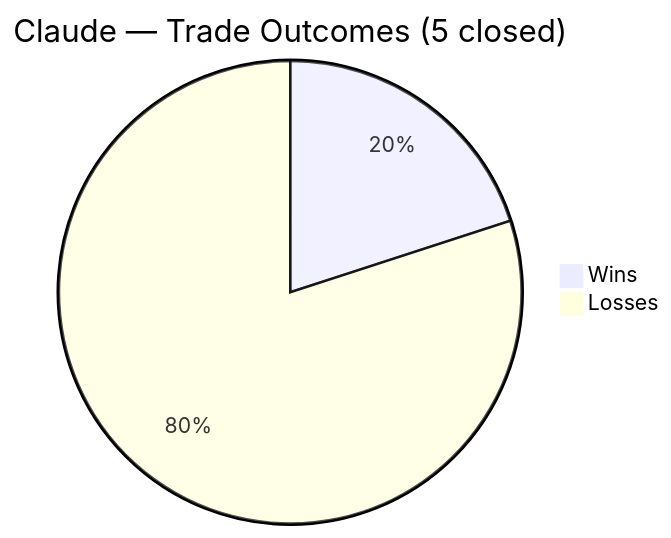
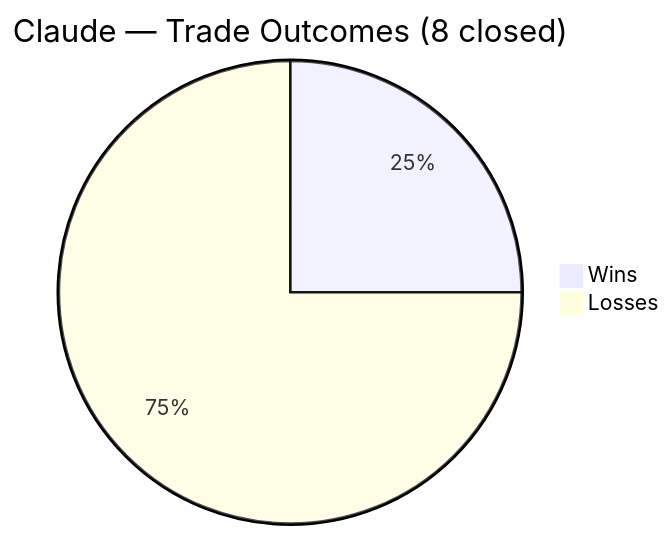
Before and after one commit to zachisit/ai-auto-buy-thesis: the third of 5 diagrams in README.md, drawn with Mermaid. The commit also changed other lines of this file and 2 other files, not shown here.

Commit message:
Add 04-30 sessions; update README — ET day 8 WIN $19.82 (+$46.11), AAL/LYFT stopped 4/29, Claude 8 trades 2W/6L -$108.70; new rules: limit sells at target, 1.5 ATR stops, no airlines above $90 oil; DeepSeek DVN-002 day 6 HOLD

````diff
--- a/README.md
+++ b/README.md
@@ -47,5 +47,5 @@
 ```mermaid
-pie title Claude — Trade Outcomes (5 closed)
-    "Wins" : 1
-    "Losses" : 4
+pie title Claude — Trade Outcomes (8 closed)
+    "Wins" : 2
+    "Losses" : 6
 ```
````
